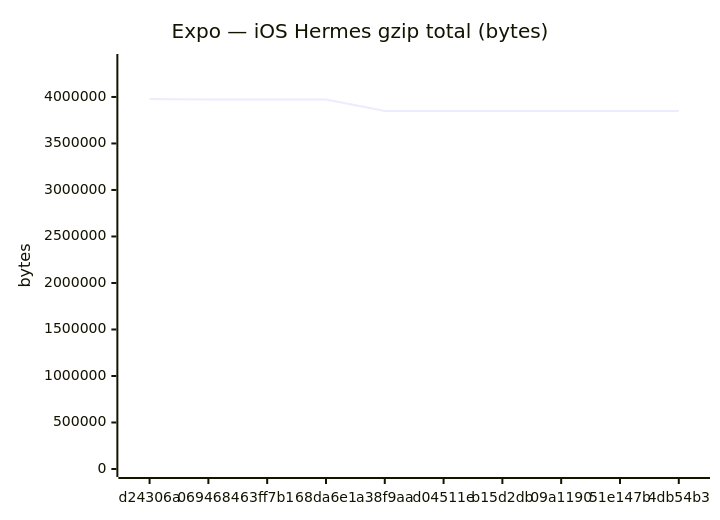
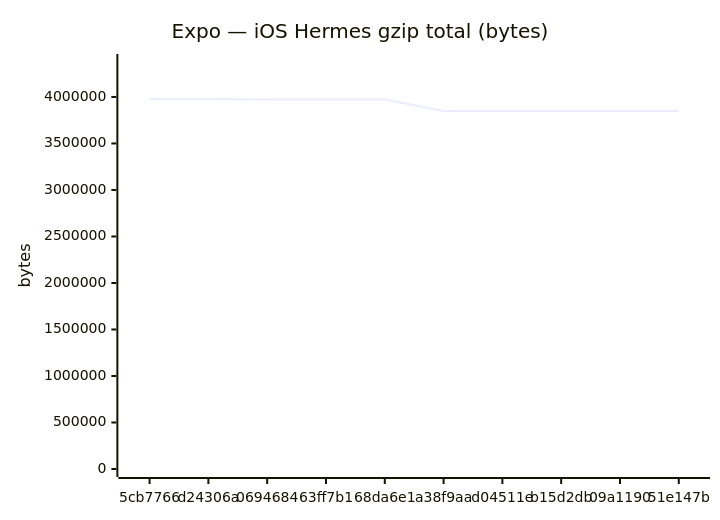
One commit to Metaheurist/Rianell changed the sixth of 18 diagrams in benchmarks/compare.md. Above: the diagram before and after it, drawn with Mermaid. The commit also changed other lines of this file and 11 other files, not shown here.

````diff
--- a/benchmarks/compare.md
+++ b/benchmarks/compare.md
@@ -96,7 +96,7 @@
 ```mermaid
 xychart-beta
     title "Expo — iOS Hermes gzip total (bytes)"
-    x-axis ["d24306a", "0694684", "63ff7b1", "68da6e1", "a38f9aa", "d04511e", "b15d2db", "09a1190", "51e147b", "4db54b3"]
+    x-axis ["5cb7766", "d24306a", "0694684", "63ff7b1", "68da6e1", "a38f9aa", "d04511e", "b15d2db", "09a1190", "51e147b"]
     y-axis "bytes" 0 --> 4375840
-    line [3978036, 3971946, 3971945, 3971946, 3849365, 3849367, 3849366, 3850104, 3850105, 3850105]
+    line [3978033, 3978036, 3971946, 3971945, 3971946, 3849365, 3849367, 3849366, 3850104, 3850105]
 ```
````
